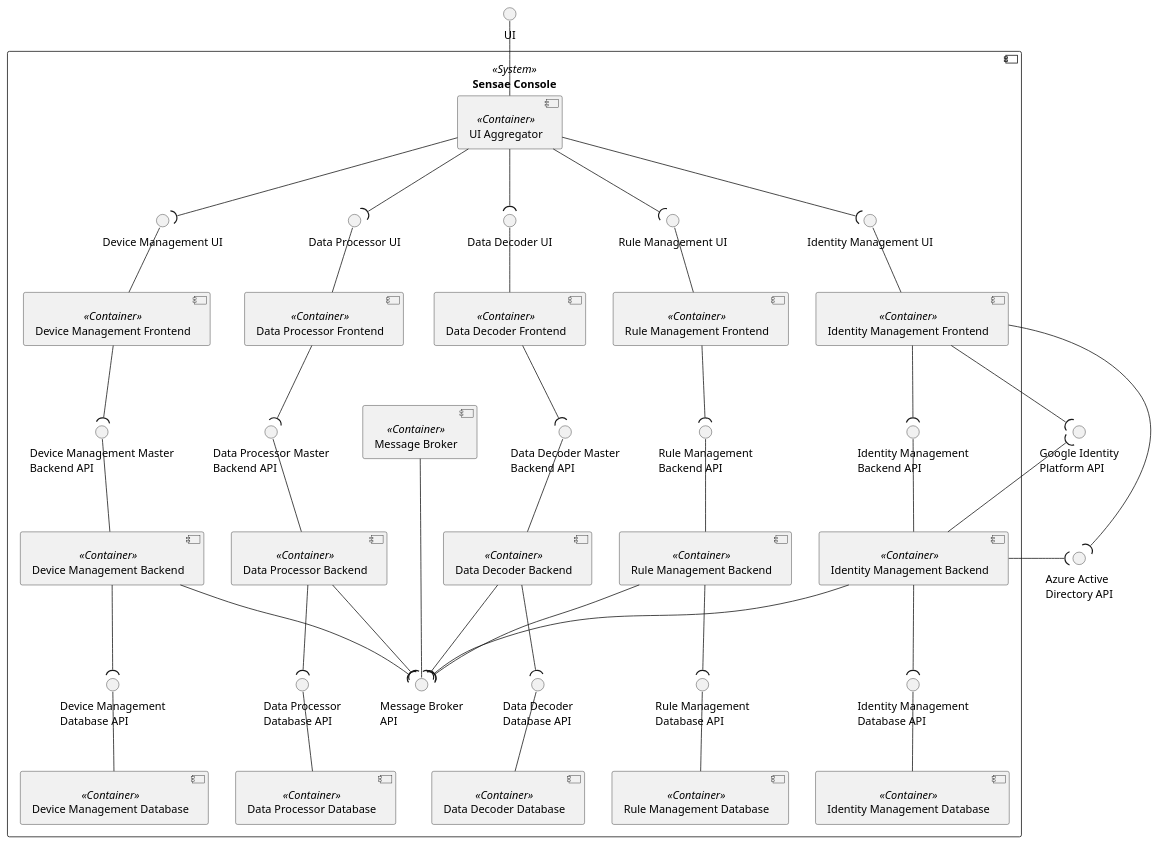
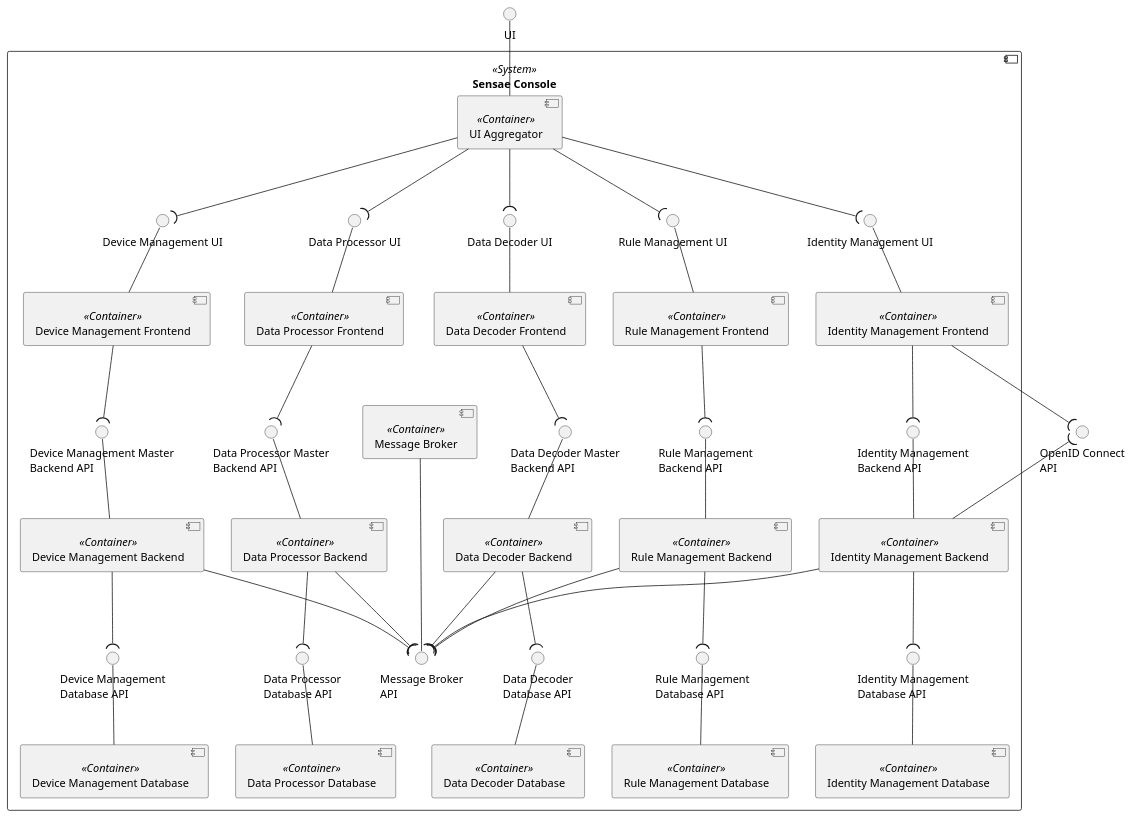
The diagram in assets/diagrams/design/architectural/level2/logical/configuration.pu (FilipeMCruz/dissertation), drawn with PlantUML before and after one commit. The commit also changed 77 other files, not shown here.

Commit message:
Added some more diagrams

```diff
--- a/assets/diagrams/design/architectural/level2/logical/configuration.pu
+++ b/assets/diagrams/design/architectural/level2/logical/configuration.pu
@@ -1,105 +1,100 @@
 @startuml configuration
 
 skinparam sequenceMessageAlign center
 skinparam Shadowing false
 skinparam componentStyle uml2
 skinparam packageStyle rectangle
 
 interface "UI" as UI
 
-interface "Azure Active\nDirectory API" as AUTH_ENDPOINT
-interface "Google Identity\nPlatform API" as GOOGLE_ENDPOINT
+interface "OpenID Connect\nAPI" as AUTH_ENDPOINT
 
 component "Sensae Console" <<System>> {
     component "UI Aggregator" as UIAG <<Container>>
 
     component "Device Management Frontend" as DRF <<Container>>
     component "Data Processor Frontend" as DPF <<Container>>
     component "Data Decoder Frontend" as DDF <<Container>>
     component "Identity Management Frontend" as IAMF <<Container>>
     component "Rule Management Frontend" as RULE_MAN_FRONT <<Container>>
 
     interface "Device Management UI" as DRF_API
     interface "Data Processor UI" as DPF_API
     interface "Data Decoder UI" as DDF_API
     interface "Identity Management UI" as IAMF_API
     interface "Rule Management UI" as RULE_MAN_FRONT_API
 
     DRF_API -- DRF
     DPF_API -- DPF
     DDF_API -- DDF
     IAMF_API -- IAMF
     RULE_MAN_FRONT_API -- RULE_MAN_FRONT
 
     UIAG --( DRF_API
     UIAG --( DPF_API
     UIAG --( DDF_API
     UIAG --( IAMF_API
     UIAG --( RULE_MAN_FRONT_API
 
     component "Message Broker" as MB <<Container>>
 
     component "Device Management Backend" as DRB <<Container>>
     component "Data Processor Backend" as DPB <<Container>>
     component "Data Decoder Backend" as DDB <<Container>>
     component "Device Management Database" as DRDB <<Container>>
     component "Data Processor Database" as DPDB <<Container>>
     component "Data Decoder Database" as DDDB <<Container>>
     component "Identity Management Database" as IAMDB <<Container>>
     component "Identity Management Backend" as IAMB <<Container>>
 
     component "Rule Management Backend" as RULE_MAN_BACK <<Container>>
     component "Rule Management Database" as RULE_MAN_DB <<Container>>
 
     interface "Message Broker\nAPI" as MB_API
     interface "Device Management Master\nBackend API" as DRB_API
     interface "Data Processor Master\nBackend API" as DPB_API
     interface "Data Decoder Master\nBackend API" as DDMB_API
     interface "Device Management\nDatabase API" as DRDB_API
     interface "Data Processor\nDatabase API" as DPDB_API
     interface "Data Decoder\nDatabase API" as DDDB_API
     interface "Identity Management\nDatabase API" as IAMDB_API
     interface "Identity Management\nBackend API" as IAMB_API
     interface "Rule Management\nBackend API" as RULE_MAN_BACK_API
     interface "Rule Management\nDatabase API" as RULE_MAN_DB_API
 
     RULE_MAN_BACK --( RULE_MAN_DB_API
     DPB_API -- DPB
     DDMB_API -- DDB
     DRB_API -- DRB
     DRDB_API -- DRDB
     DPDB_API -- DPDB
     DDDB_API -- DDDB
     IAMDB_API -- IAMDB
     RULE_MAN_BACK_API -- RULE_MAN_BACK
     IAMB_API -- IAMB
     UI -- UIAG
     RULE_MAN_DB_API -- RULE_MAN_DB
     DRB --( DRDB_API
     DPB --( DPDB_API
     DDB --( DDDB_API
     IAMB --( IAMDB_API
     DPF --( DPB_API
     DDF --( DDMB_API
     DRF --( DRB_API
     IAMF --( IAMB_API
     RULE_MAN_FRONT --( RULE_MAN_BACK_API
 
     DRB --( MB_API
     DPB --( MB_API
     DDB --( MB_API
     IAMB --( MB_API
     RULE_MAN_BACK --( MB_API
 
     IAMF --( AUTH_ENDPOINT
     AUTH_ENDPOINT )-- IAMB
-    IAMF --( GOOGLE_ENDPOINT
-    GOOGLE_ENDPOINT )-- IAMB
 
     MB --- MB_API
-
-    GOOGLE_ENDPOINT -[hidden]- AUTH_ENDPOINT
 
 }
 
 @enduml
```
